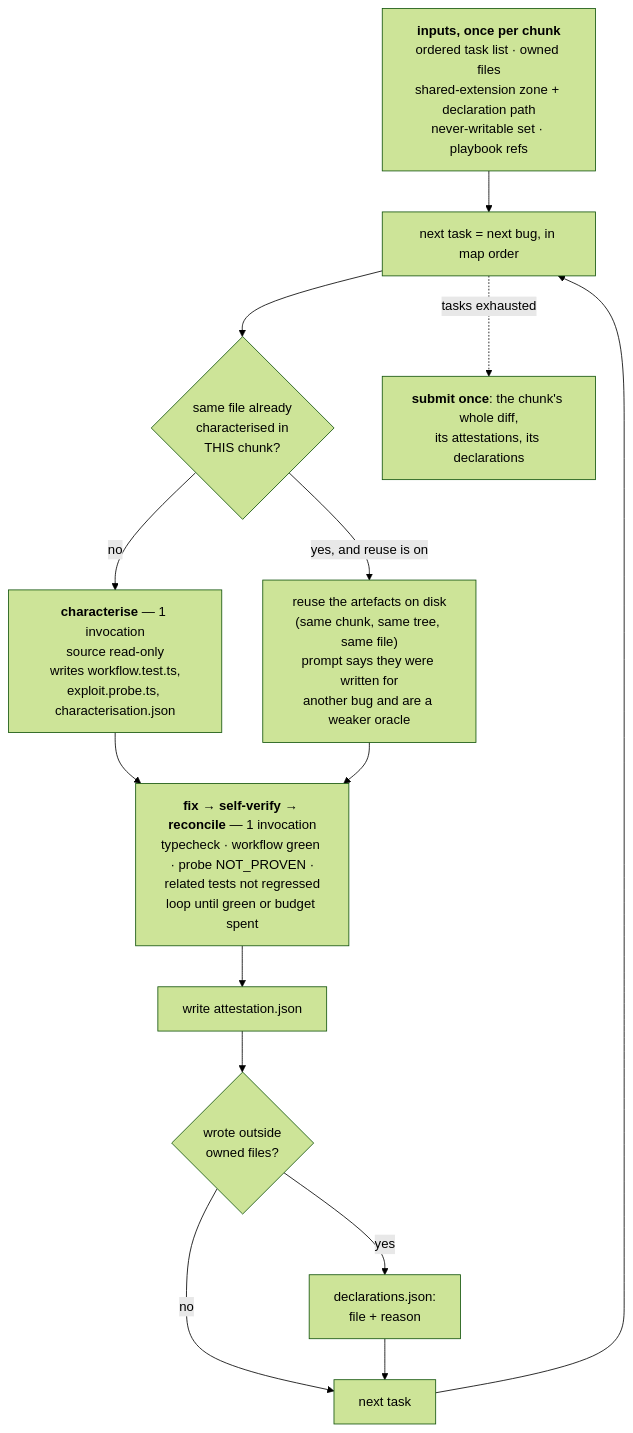
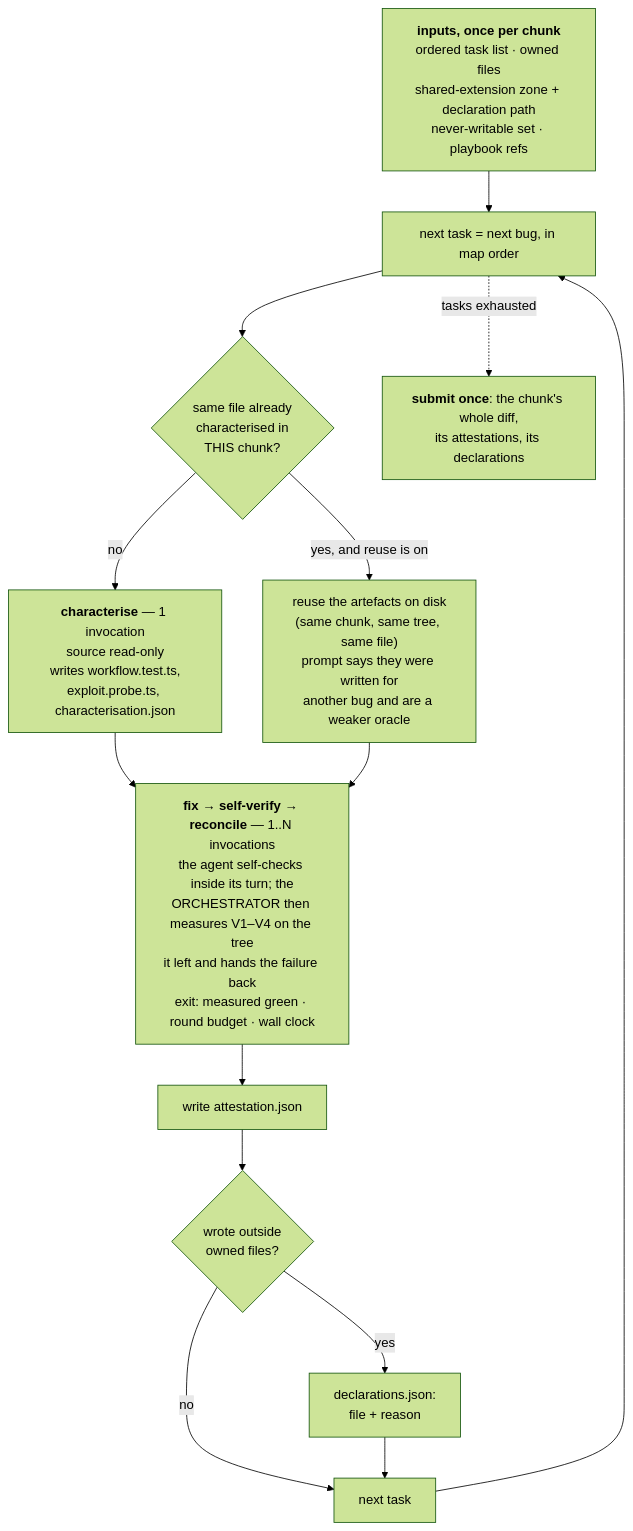
The second of 2 diagrams in docs/patcher/ARCHITECTURE-V3.md (Anshuman11o/Cybersecurity-Coding-Agent-Harness), drawn with Mermaid (forest theme) before and after one commit. The commit also changed other lines of this file and 6 other files, not shown here.

````diff
--- a/docs/patcher/ARCHITECTURE-V3.md
+++ b/docs/patcher/ARCHITECTURE-V3.md
@@ -323,20 +329,20 @@
 ```mermaid
 flowchart TB
   IN["<b>inputs, once per chunk</b><br/>ordered task list · owned files<br/>shared-extension zone + declaration path<br/>never-writable set · playbook refs"]
   IN --> T0["next task = next bug, in map order"]
 
   T0 --> C{"same file already<br/>characterised in<br/>THIS chunk?"}
   C -->|no| CH["<b>characterise</b> — 1 invocation<br/>source read-only<br/>writes workflow.test.ts,<br/>exploit.probe.ts, characterisation.json"]
   C -->|"yes, and reuse is on"| RE["reuse the artefacts on disk<br/>(same chunk, same tree, same file)<br/>prompt says they were written for<br/>another bug and are a weaker oracle"]
 
   CH --> FX
   RE --> FX
-  FX["<b>fix → self-verify → reconcile</b> — 1 invocation<br/>typecheck · workflow green · probe NOT_PROVEN ·<br/>related tests not regressed<br/>loop until green or budget spent"]
+  FX["<b>fix → self-verify → reconcile</b> — 1..N invocations<br/>the agent self-checks inside its turn; the<br/>ORCHESTRATOR then measures V1–V4 on the tree<br/>it left and hands the failure back<br/>exit: measured green · round budget · wall clock"]
   FX --> AT["write attestation.json"]
   AT --> DEC{"wrote outside<br/>owned files?"}
   DEC -->|yes| DECL["declarations.json:<br/>file + reason"]
   DEC -->|no| NX
   DECL --> NX["next task"]
   NX --> T0
   T0 -.->|"tasks exhausted"| SUB["<b>submit once</b>: the chunk's whole diff,<br/>its attestations, its declarations"]
 ```
````
